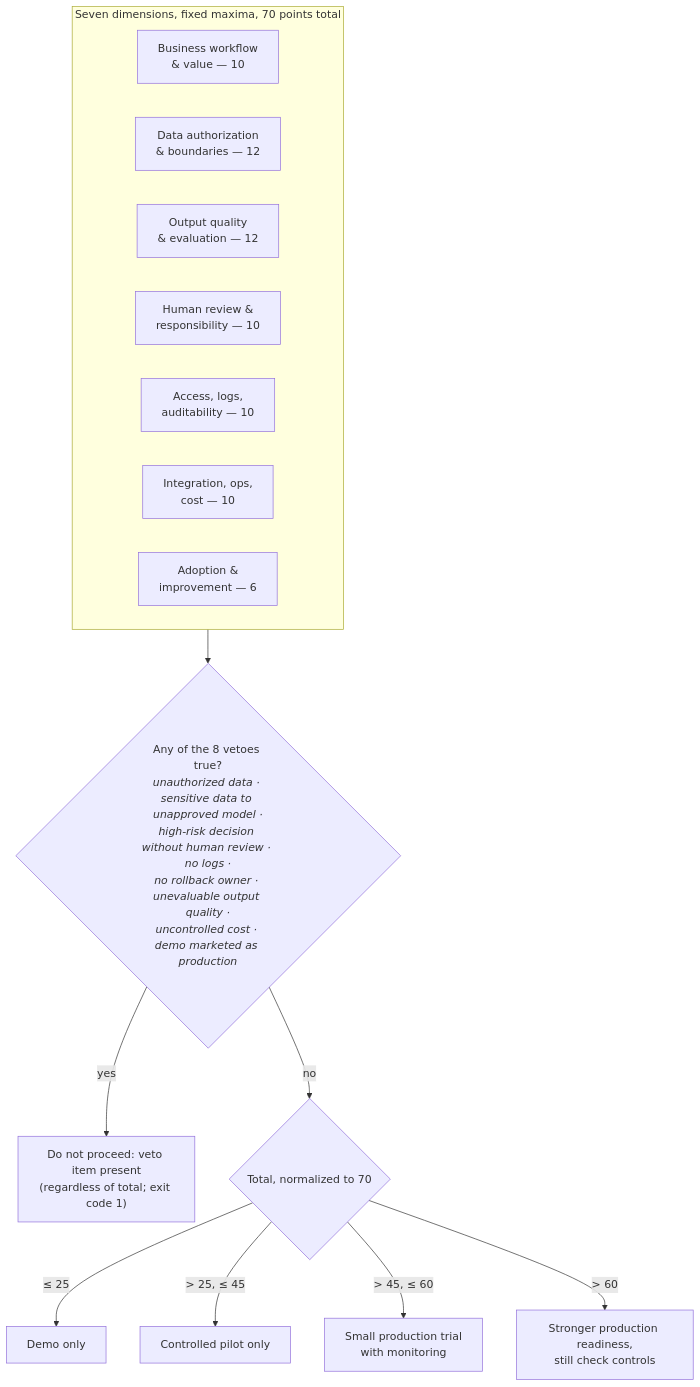
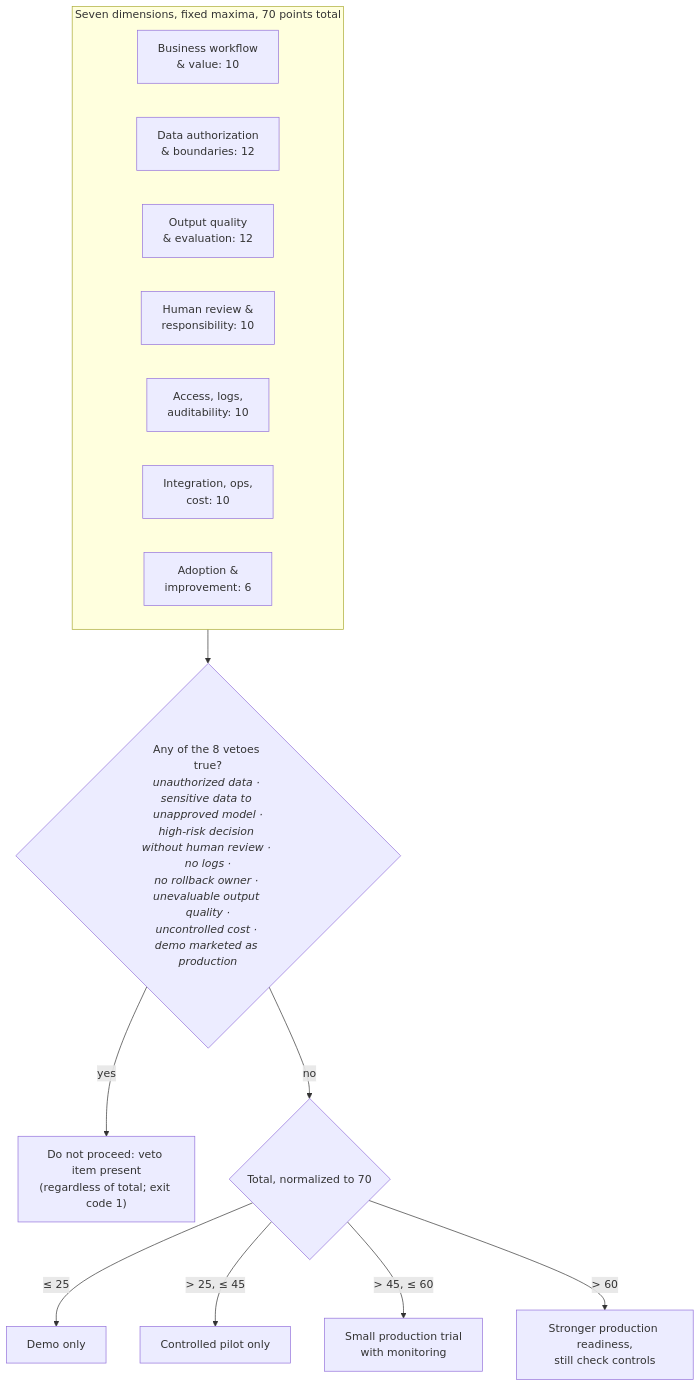
Before and after one commit to Anonymousyz/ai-prototype-to-production-toolkit: the first of 2 diagrams in README.md, drawn with Mermaid.

Commit message:
docs: normalize README punctuation

````diff
--- a/README.md
+++ b/README.md
@@ -117,20 +117,20 @@
 ```mermaid
 flowchart TB
     subgraph dims["Seven dimensions, fixed maxima, 70 points total"]
         direction LR
-        D1["Business workflow<br/>& value — 10"]
-        D2["Data authorization<br/>& boundaries — 12"]
-        D3["Output quality<br/>& evaluation — 12"]
-        D4["Human review &<br/>responsibility — 10"]
-        D5["Access, logs,<br/>auditability — 10"]
-        D6["Integration, ops,<br/>cost — 10"]
-        D7["Adoption &<br/>improvement — 6"]
+        D1["Business workflow<br/>& value: 10"]
+        D2["Data authorization<br/>& boundaries: 12"]
+        D3["Output quality<br/>& evaluation: 12"]
+        D4["Human review &<br/>responsibility: 10"]
+        D5["Access, logs,<br/>auditability: 10"]
+        D6["Integration, ops,<br/>cost: 10"]
+        D7["Adoption &<br/>improvement: 6"]
     end
     dims --> V{"Any of the 8 vetoes true?<br/><i>unauthorized data · sensitive data to unapproved model ·<br/>high-risk decision without human review · no logs ·<br/>no rollback owner · unevaluable output quality ·<br/>uncontrolled cost · demo marketed as production</i>"}
     V -- "yes" --> STOP["Do not proceed: veto item present<br/>(regardless of total; exit code 1)"]
     V -- "no" --> T{"Total, normalized to 70"}
     T -- "≤ 25" --> R1["Demo only"]
     T -- "> 25, ≤ 45" --> R2["Controlled pilot only"]
     T -- "> 45, ≤ 60" --> R3["Small production trial<br/>with monitoring"]
     T -- "> 60" --> R4["Stronger production readiness,<br/>still check controls"]
 ```
````
